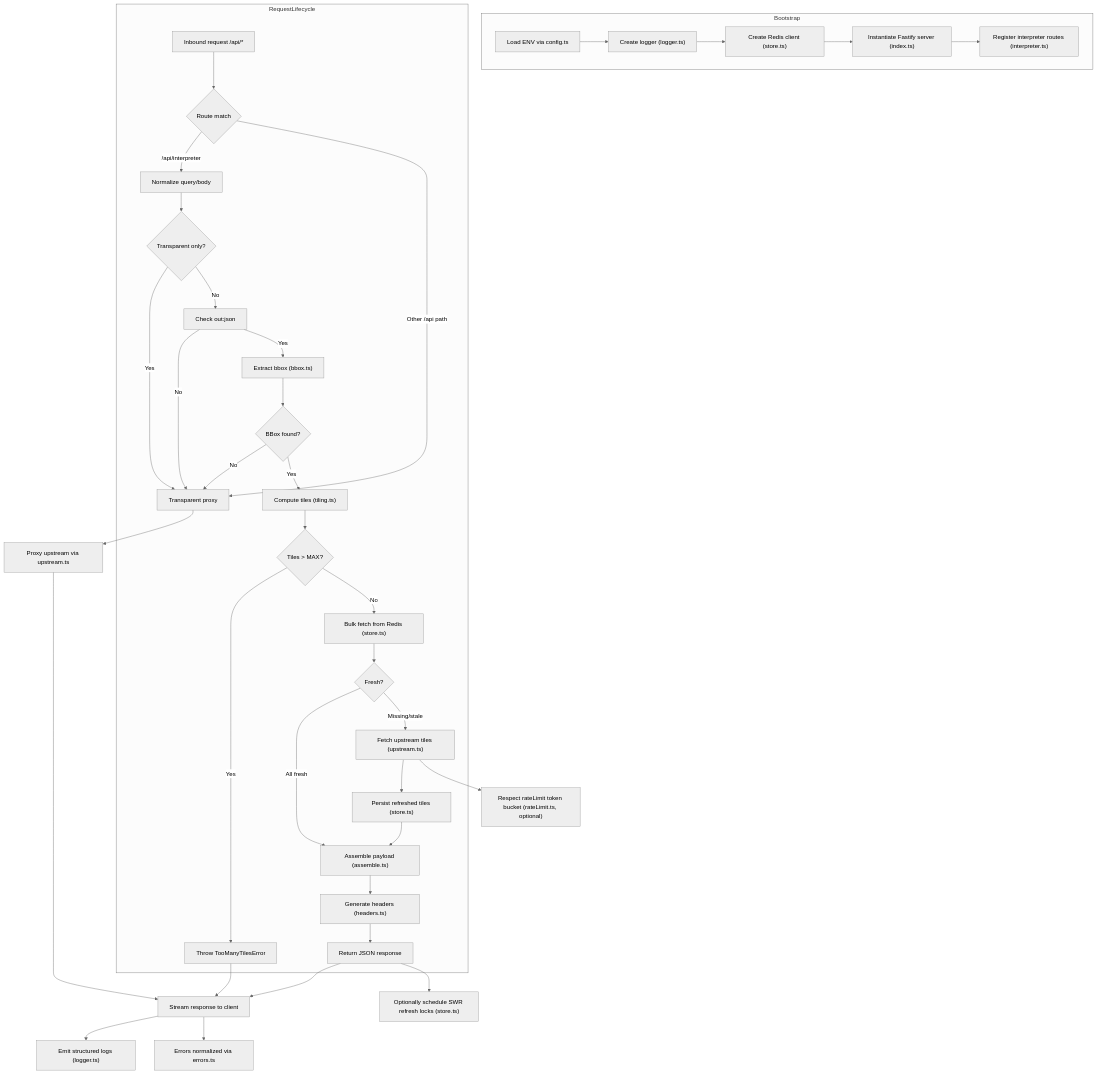
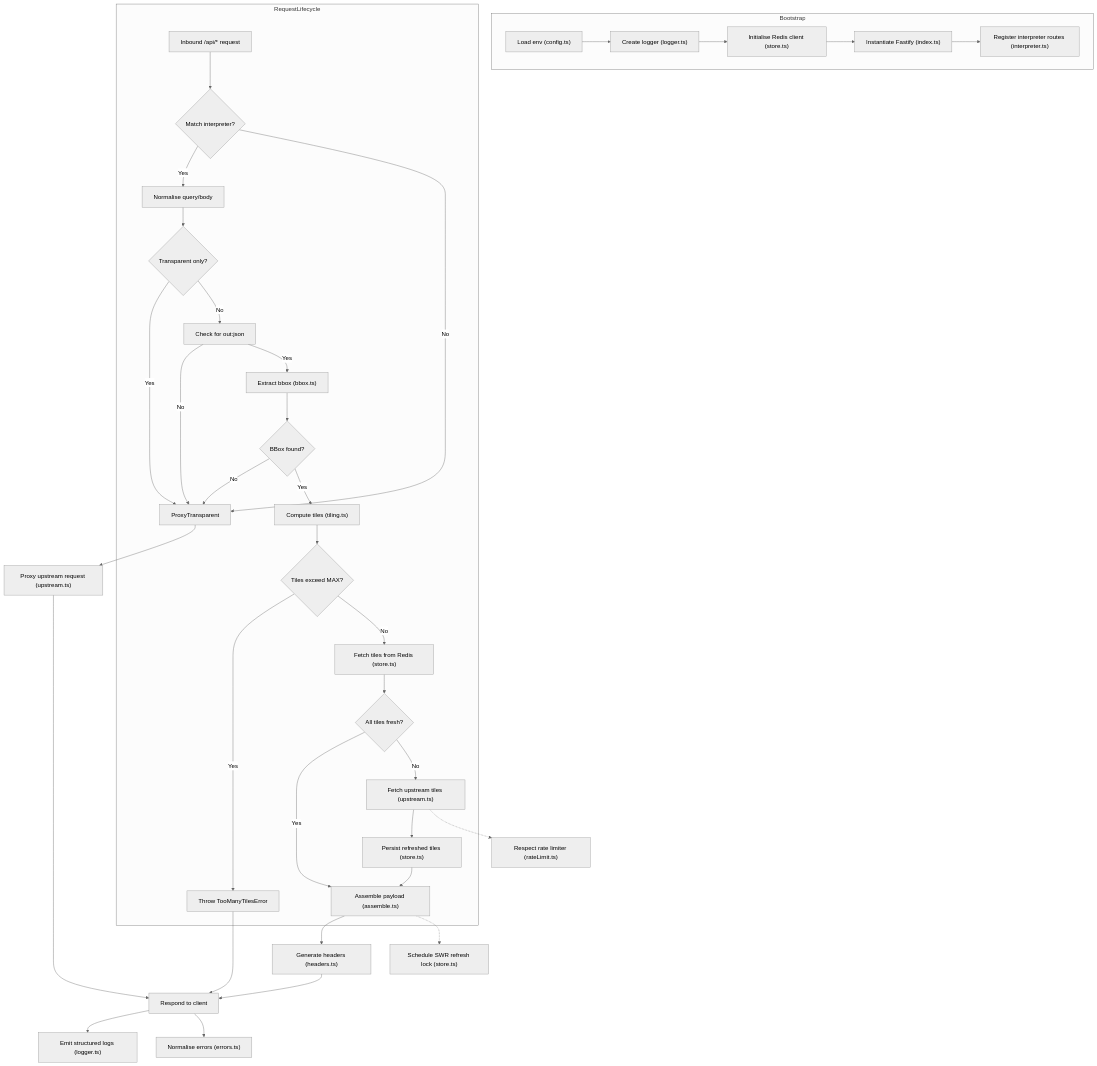
Before and after one commit to bietiekay/Overpass-Proxy: the diagram in overpass-proxy/specification.md, drawn with Mermaid (neutral theme).

Commit message:
docs: stabilise specification flowchart

````diff
--- a/overpass-proxy/specification.md
+++ b/overpass-proxy/specification.md
@@ -23,43 +23,43 @@
 ```mermaid
 flowchart TD
     subgraph Bootstrap
-        A["Load ENV via config.ts"] --> B["Create logger (logger.ts)"]
-        B --> C["Create Redis client (store.ts)"]
-        C --> D["Instantiate Fastify server (index.ts)"]
+        A["Load env (config.ts)"] --> B["Create logger (logger.ts)"]
+        B --> C["Initialise Redis client (store.ts)"]
+        C --> D["Instantiate Fastify (index.ts)"]
         D --> E["Register interpreter routes (interpreter.ts)"]
     end
 
     subgraph RequestLifecycle
-        F["Inbound request /api/*"] --> G{"Route match"}
-        G -->|/api/interpreter| H["Normalize query/body"]
-        G -->|Other /api path| T["Transparent proxy"]
+        F["Inbound /api/* request"] --> G{"Match interpreter?"}
+        G -->|Yes| H["Normalise query/body"]
+        G -->|No| ProxyTransparent
         H --> I{"Transparent only?"}
-        I -->|Yes| T
-        I -->|No| J["Check out:json"]
-        J -->|No| T
+        I -->|Yes| ProxyTransparent
+        I -->|No| J["Check for out:json"]
+        J -->|No| ProxyTransparent
         J -->|Yes| K["Extract bbox (bbox.ts)"]
         K --> L{"BBox found?"}
-        L -->|No| T
+        L -->|No| ProxyTransparent
         L -->|Yes| M["Compute tiles (tiling.ts)"]
-        M --> N{"Tiles > MAX?"}
-        N -->|Yes| U["Throw TooManyTilesError"]
-        N -->|No| O["Bulk fetch from Redis (store.ts)"]
-        O --> P{"Fresh?"}
-        P -->|All fresh| Q["Assemble payload (assemble.ts)"]
-        P -->|Missing/stale| R["Fetch upstream tiles (upstream.ts)"]
-        R --> S["Persist refreshed tiles (store.ts)"]
-        S --> Q
-        Q --> V["Generate headers (headers.ts)"]
-        V --> W["Return JSON response"]
+        M --> N{"Tiles exceed MAX?"}
+        N -->|Yes| Err413["Throw TooManyTilesError"]
+        N -->|No| Lookup["Fetch tiles from Redis (store.ts)"]
+        Lookup --> P{"All tiles fresh?"}
+        P -->|Yes| Assemble["Assemble payload (assemble.ts)"]
+        P -->|No| FetchTiles["Fetch upstream tiles (upstream.ts)"]
+        FetchTiles --> Persist["Persist refreshed tiles (store.ts)"]
+        Persist --> Assemble
     end
 
-    T --> X["Proxy upstream via upstream.ts"]
-    X --> Y["Stream response to client"]
-    U --> Y
-    W --> Y
+    ProxyTransparent --> Upstream["Proxy upstream request (upstream.ts)"]
+    Err413 --> Response["Respond to client"]
+    Assemble --> Headers["Generate headers (headers.ts)"]
+    Headers --> Response
+    Upstream --> Response
 
-    Y --> Z["Emit structured logs (logger.ts)"]
-    W --> AA["Optionally schedule SWR refresh locks (store.ts)"]
-    R --> AB["Respect rateLimit token bucket (rateLimit.ts, optional)"]
-    Y --> AC["Errors normalized via errors.ts"]
+    Assemble -.-> SWR["Schedule SWR refresh lock (store.ts)"]
+    FetchTiles -.-> RateLimit["Respect rate limiter (rateLimit.ts)"]
+
+    Response --> Logging["Emit structured logs (logger.ts)"]
+    Response --> Errors["Normalise errors (errors.ts)"]
 ```
````
